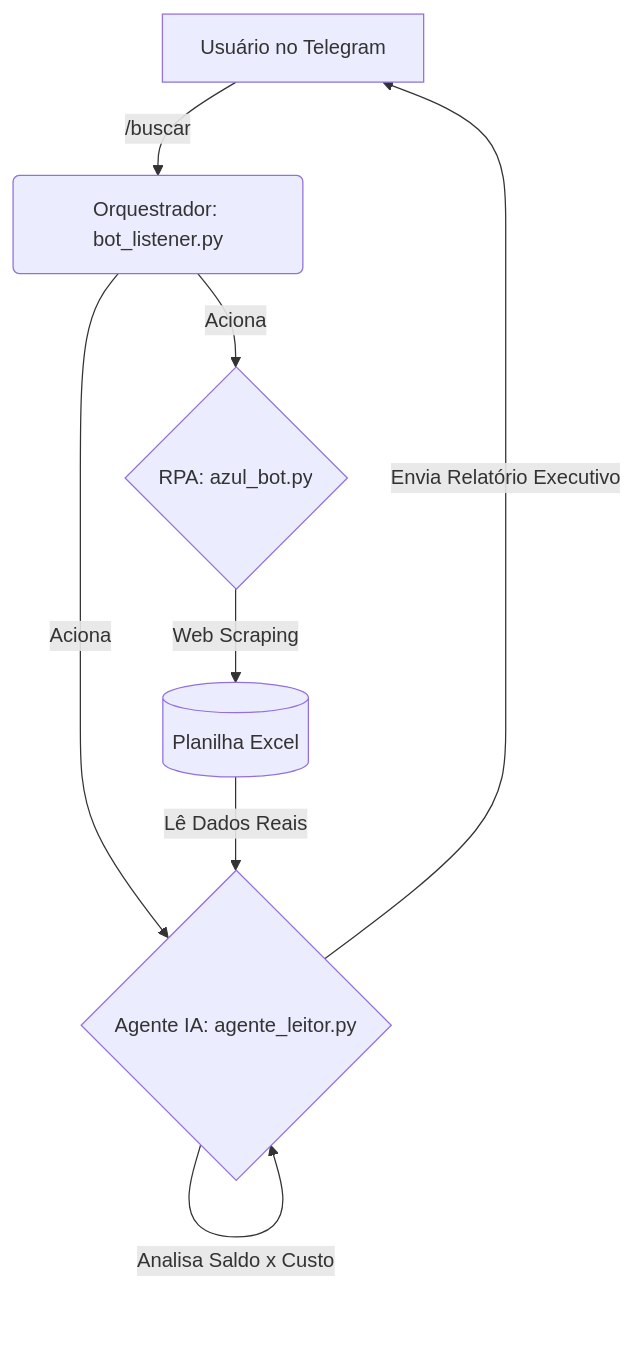
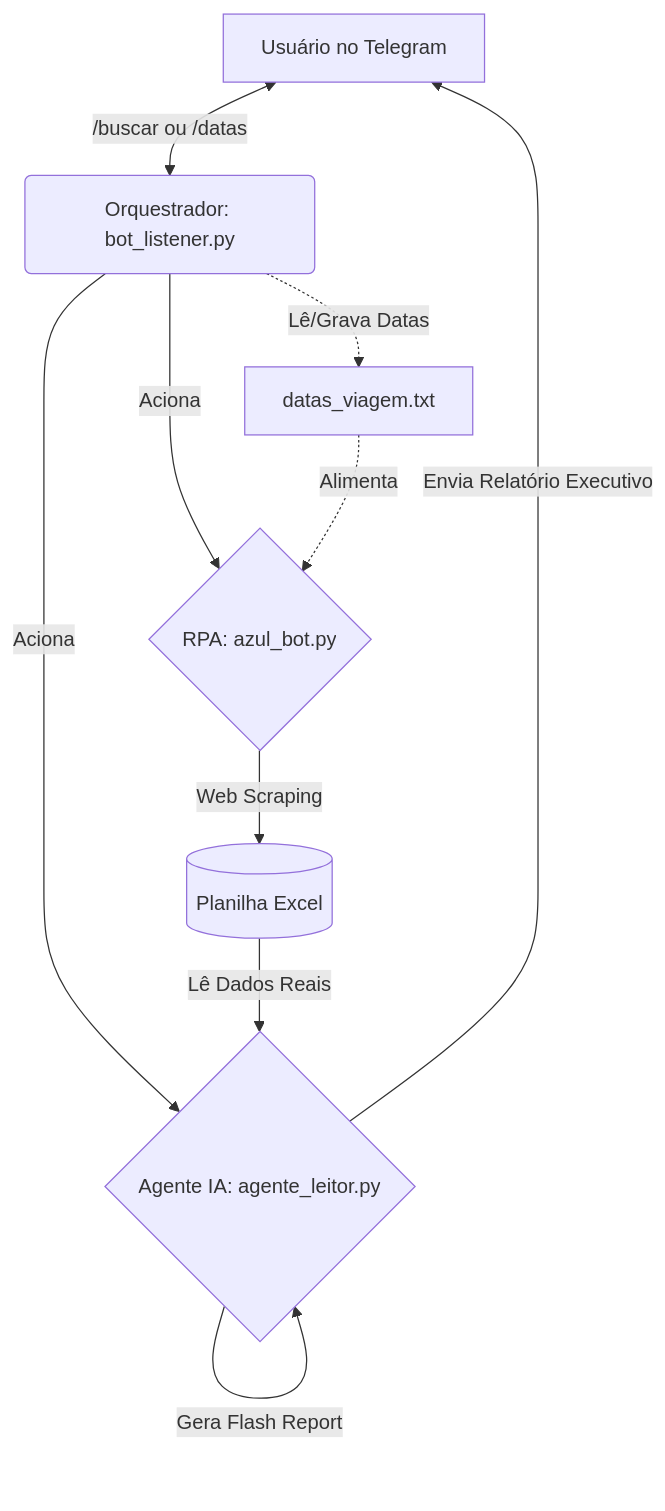
One commit to junior-honorato/flight-fares-rpa-bot changed the diagram in README.md. Above: the diagram before and after it, drawn with Mermaid. The commit also changed other lines of this file, not shown here.

````diff
--- a/README.md
+++ b/README.md
@@ -9,10 +9,12 @@
 ```mermaid
 graph TD
-    A[Usuário no Telegram] -->|/buscar| B(Orquestrador: bot_listener.py)
+    A[Usuário no Telegram] <-->|/buscar ou /datas| B(Orquestrador: bot_listener.py)
     B -->|Aciona| C{RPA: azul_bot.py}
+    B -.->|Lê/Grava Datas| F[datas_viagem.txt]
+    F -.->|Alimenta| C
     C -->|Web Scraping| D[(Planilha Excel)]
     B -->|Aciona| E{Agente IA: agente_leitor.py}
     D -->|Lê Dados Reais| E
-    E -->|Analisa Saldo x Custo| E
+    E -->|Gera Flash Report| E
     E -->|Envia Relatório Executivo| A
 ```
````
